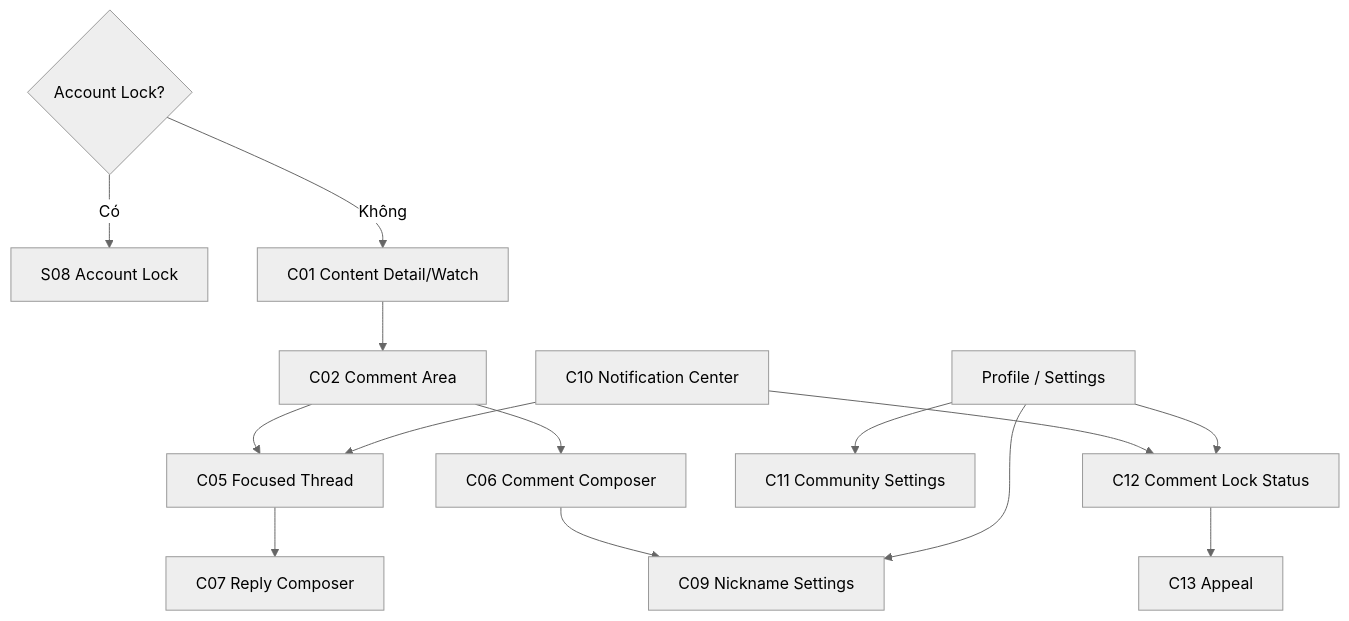
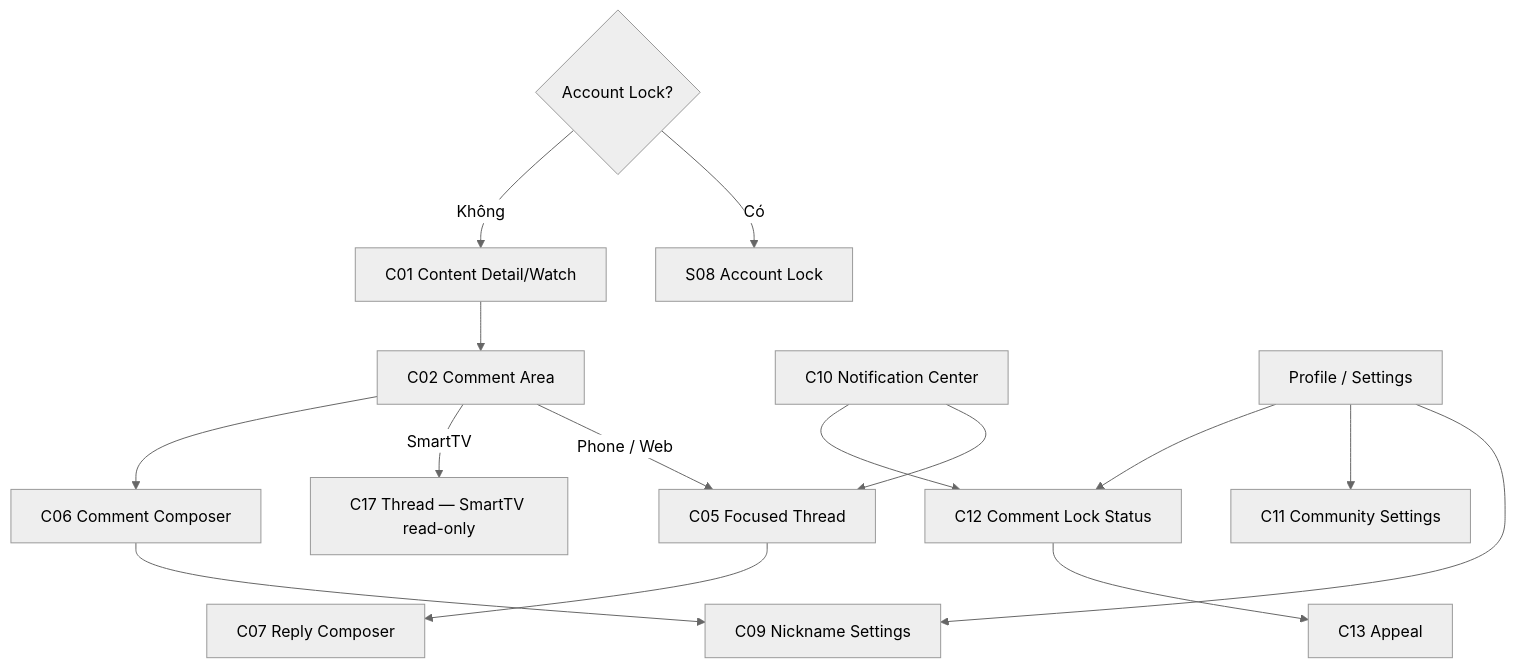
The eighth of 9 diagrams in UX_INFORMATION_ARCHITECTURE_SCREEN_MAP.md (TanUIUX/MyTV-Comment), drawn with Mermaid (neutral theme) before and after one commit. The commit also changed other lines of this file and 15 other files, not shown here.

````diff
--- a/UX_INFORMATION_ARCHITECTURE_SCREEN_MAP.md
+++ b/UX_INFORMATION_ARCHITECTURE_SCREEN_MAP.md
@@ -682,31 +691,33 @@
 ```mermaid
 flowchart TD
     S08["S08 Account Lock"]
     C01["C01 Content Detail/Watch"]
     C02["C02 Comment Area"]
     C05["C05 Focused Thread"]
     C06["C06 Comment Composer"]
     C07["C07 Reply Composer"]
     C09["C09 Nickname Settings"]
     C10["C10 Notification Center"]
     C11["C11 Community Settings"]
     C12["C12 Comment Lock Status"]
     C13["C13 Appeal"]
+    C17["C17 Thread — SmartTV read-only"]
 
     APP{"Account Lock?"} -->|Có| S08
     APP -->|Không| C01
 
     C01 --> C02
-    C02 --> C05
+    C02 -->|Phone / Web| C05
+    C02 -->|SmartTV| C17
     C02 --> C06
     C05 --> C07
     C06 --> C09
 
     C10 --> C05
     C10 --> C12
     C12 --> C13
 
     PROFILE["Profile / Settings"] --> C09
     PROFILE --> C11
     PROFILE --> C12
 ```
````
